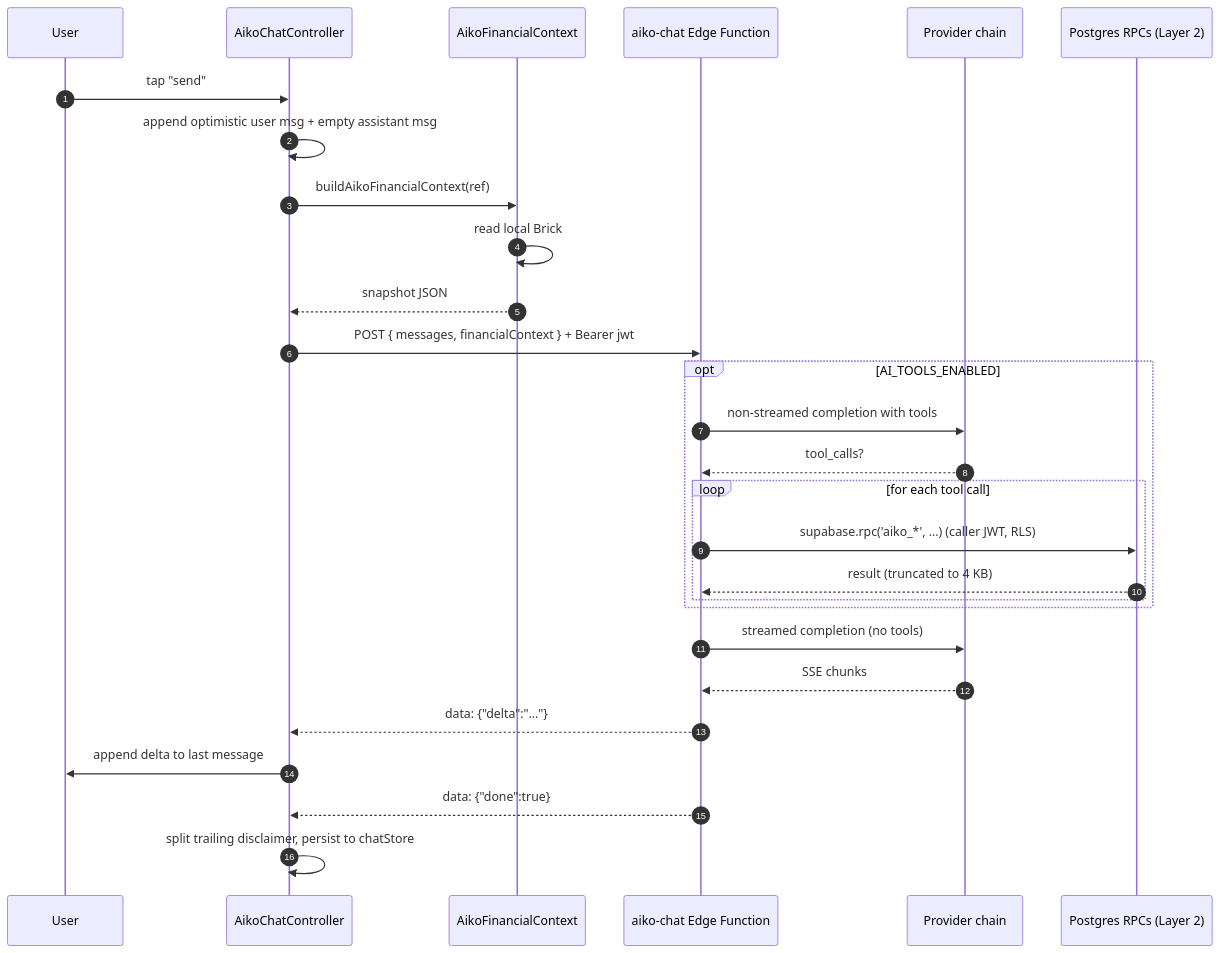
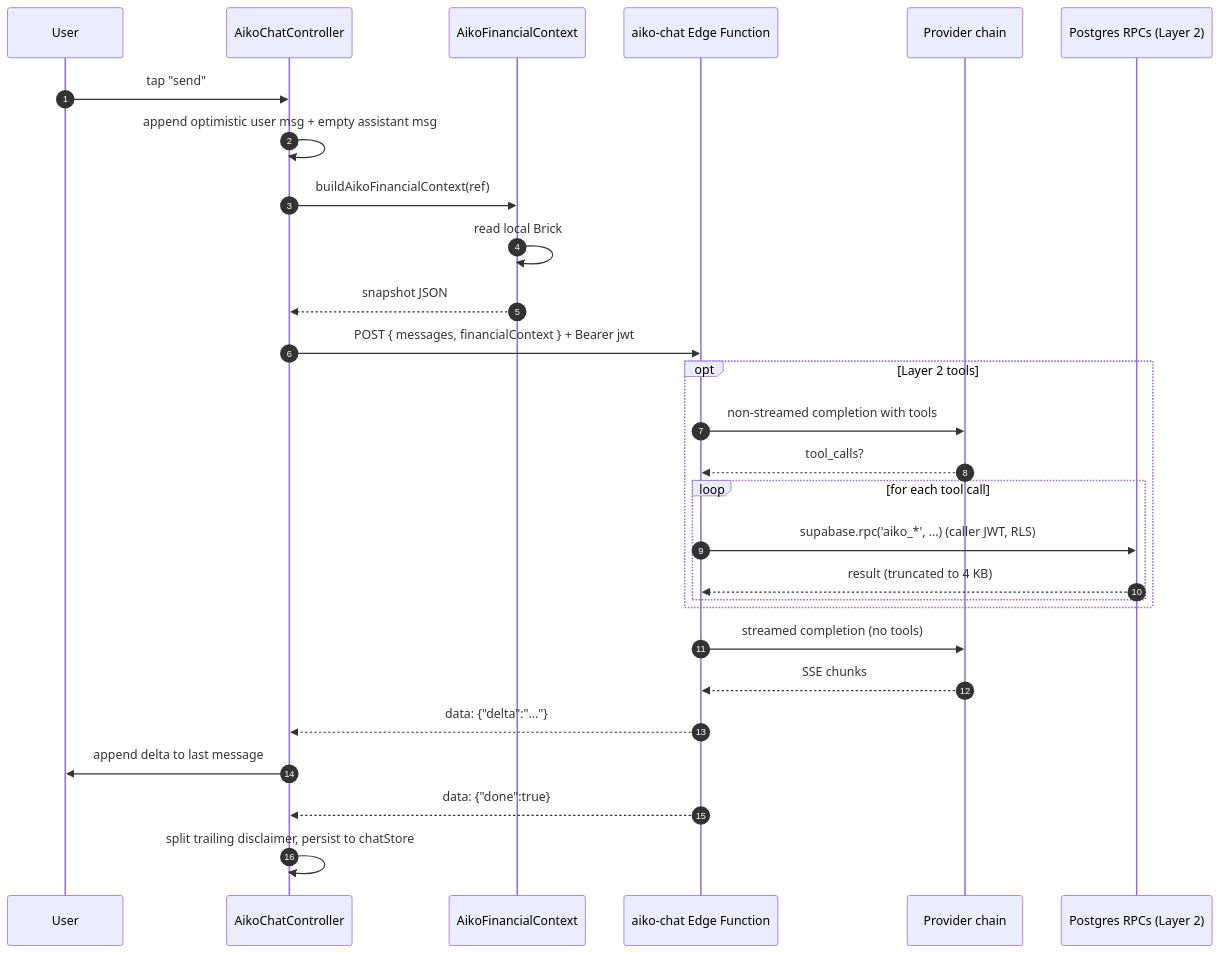
Before and after one commit to PePoDev/aiko: the third of 5 diagrams in docs/ai-architecture.md, drawn with Mermaid. The commit also changed other lines of this file and 18 other files, not shown here.

````diff
--- a/docs/ai-architecture.md
+++ b/docs/ai-architecture.md
@@ -115,31 +115,31 @@
 ```mermaid
 sequenceDiagram
   autonumber
   participant U as User
   participant Ctl as AikoChatController
   participant Snap as AikoFinancialContext
   participant FE as aiko-chat Edge Function
   participant Prov as Provider chain
   participant Tools as Postgres RPCs (Layer 2)
 
   U->>Ctl: tap "send"
   Ctl->>Ctl: append optimistic user msg + empty assistant msg
   Ctl->>Snap: buildAikoFinancialContext(ref)
   Snap->>Snap: read local Brick
   Snap-->>Ctl: snapshot JSON
   Ctl->>FE: POST { messages, financialContext } + Bearer jwt
-  opt AI_TOOLS_ENABLED
+  opt Layer 2 tools
     FE->>Prov: non-streamed completion with tools
     Prov-->>FE: tool_calls?
     loop for each tool call
       FE->>Tools: supabase.rpc('aiko_*', …) (caller JWT, RLS)
       Tools-->>FE: result (truncated to 4 KB)
     end
   end
   FE->>Prov: streamed completion (no tools)
   Prov-->>FE: SSE chunks
   FE-->>Ctl: data: {"delta":"…"}
   Ctl->>U: append delta to last message
   FE-->>Ctl: data: {"done":true}
   Ctl->>Ctl: split trailing disclaimer, persist to chatStore
 ```
````
